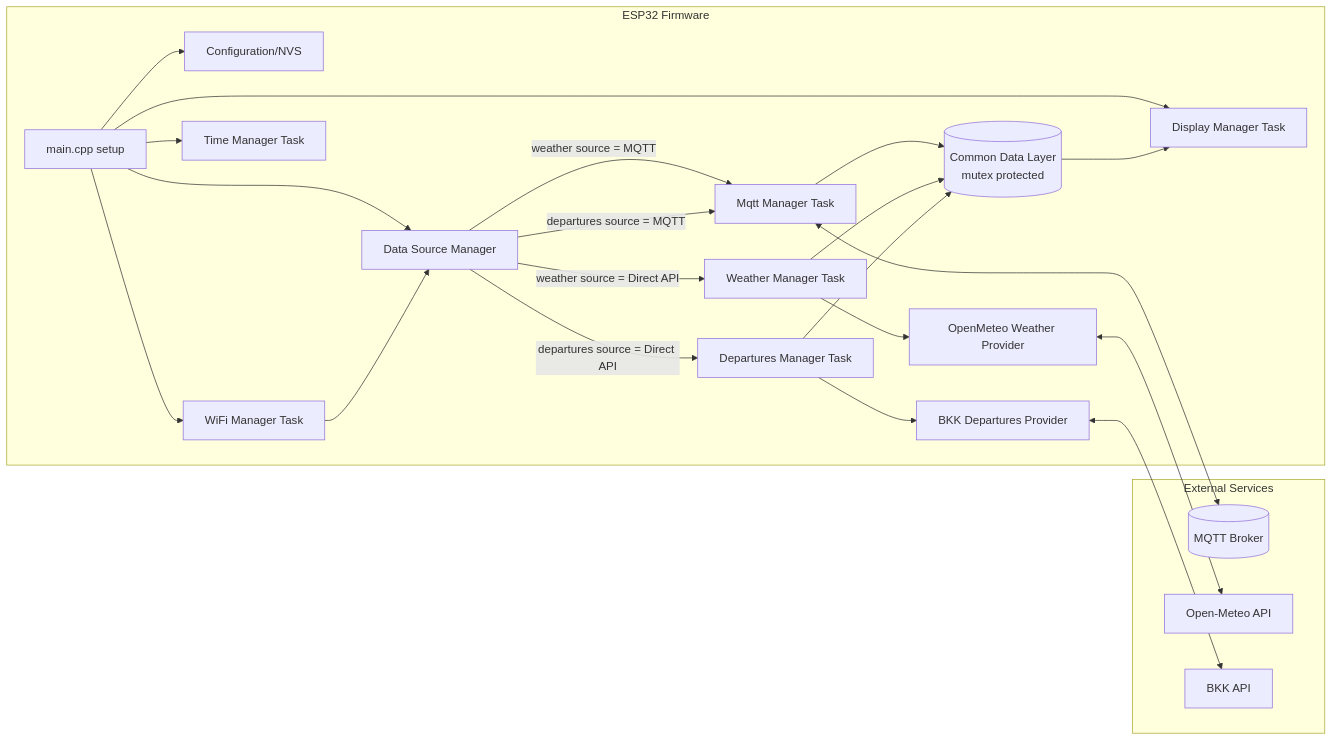
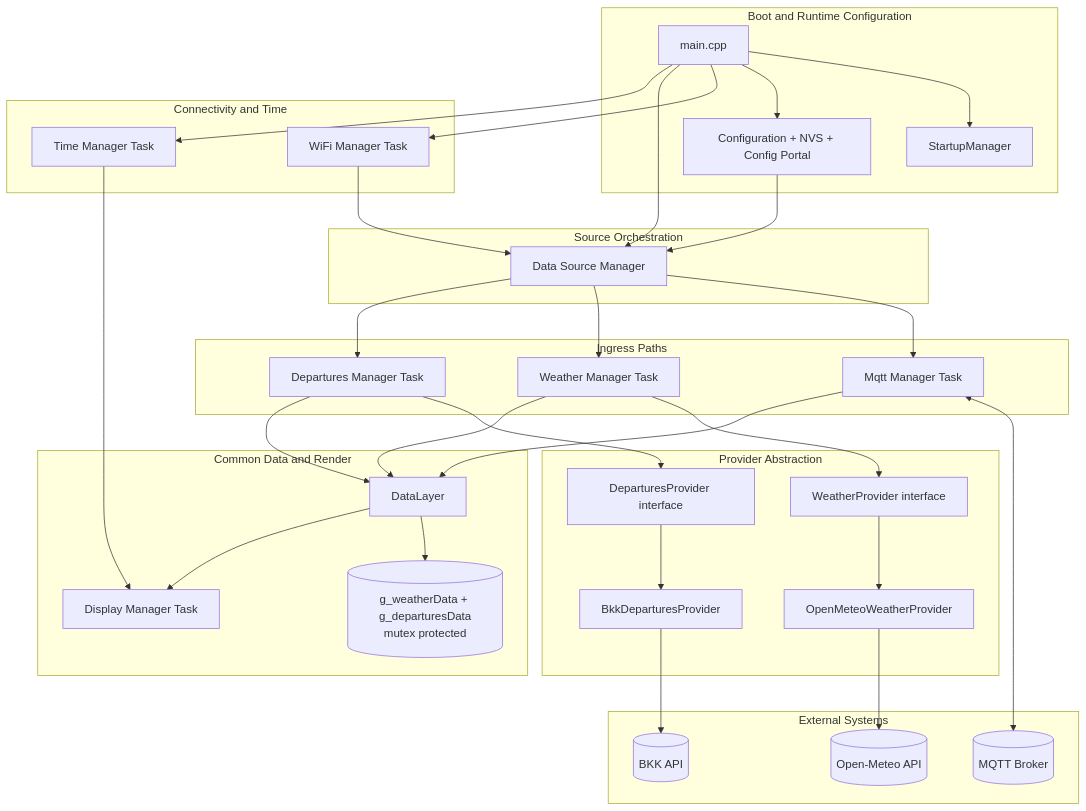
One commit to zeatrun/ESP32-BKK-EINK-Departures changed the first of 2 diagrams in README.md. Above: the diagram before and after it, drawn with Mermaid. The commit also changed other lines of this file, not shown here.

````diff
--- a/README.md
+++ b/README.md
@@ -56,49 +58,67 @@
 ```mermaid
-flowchart LR
-	subgraph Device[ESP32 Firmware]
-		Boot[main.cpp setup]
-		Cfg[Configuration/NVS]
-		Wifi[WiFi Manager Task]
-		DSM[Data Source Manager]
-		MQTT[Mqtt Manager Task]
-		WMgr[Weather Manager Task]
-		DMgr[Departures Manager Task]
-		WProv[OpenMeteo Weather Provider]
-		DProv[BKK Departures Provider]
-		Layer[(Common Data Layer\nmutex protected)]
-		Disp[Display Manager Task]
-		Time[Time Manager Task]
+flowchart TD
+	subgraph L0[Boot and Runtime Configuration]
+		MAIN[main.cpp]
+		STARTUP[StartupManager]
+		CONF[Configuration + NVS + Config Portal]
 	end
 
-	subgraph External[External Services]
-		Broker[(MQTT Broker)]
-		OM[Open-Meteo API]
-		BKK[BKK API]
+	subgraph L1[Connectivity and Time]
+		WIFI[WiFi Manager Task]
+		TIME[Time Manager Task]
 	end
 
-	Boot --> Cfg
-	Boot --> Wifi
-	Boot --> DSM
-	Boot --> Disp
-	Boot --> Time
+	subgraph L2[Source Orchestration]
+		DSM[Data Source Manager]
+	end
 
-	Wifi --> DSM
+	subgraph L3[Ingress Paths]
+		MQTT[Mqtt Manager Task]
+		WMGR[Weather Manager Task]
+		DMGR[Departures Manager Task]
+	end
 
-	DSM -->|weather source = MQTT| MQTT
-	DSM -->|departures source = MQTT| MQTT
-	DSM -->|weather source = Direct API| WMgr
-	DSM -->|departures source = Direct API| DMgr
+	subgraph L4[Provider Abstraction]
+		WPROV[WeatherProvider interface]
+		DPROV[DeparturesProvider interface]
+		OM[OpenMeteoWeatherProvider]
+		BKK[BkkDeparturesProvider]
+	end
 
-	MQTT <--> Broker
-	MQTT --> Layer
+	subgraph L5[Common Data and Render]
+		DL[DataLayer]
+		GLOB[(g_weatherData + g_departuresData\nmutex protected)]
+		DISP[Display Manager Task]
+	end
 
-	WMgr --> WProv
-	WProv <--> OM
-	WMgr --> Layer
+	subgraph EXT[External Systems]
+		BROKER[(MQTT Broker)]
+		OMAPI[(Open-Meteo API)]
+		BKKAPI[(BKK API)]
+	end
 
-	DMgr --> DProv
-	DProv <--> BKK
-	DMgr --> Layer
+	MAIN --> STARTUP
+	MAIN --> CONF
+	MAIN --> WIFI
+	MAIN --> DSM
+	MAIN --> TIME
 
-	Layer --> Disp
+	WIFI --> DSM
+	CONF --> DSM
+
+	DSM --> MQTT
+	DSM --> WMGR
+	DSM --> DMGR
+
+	MQTT <--> BROKER
+	WMGR --> WPROV --> OM --> OMAPI
+	DMGR --> DPROV --> BKK --> BKKAPI
+
+	MQTT --> DL
+	WMGR --> DL
+	DMGR --> DL
+
+	DL --> GLOB
+	DL --> DISP
+	TIME --> DISP
 ```
````
